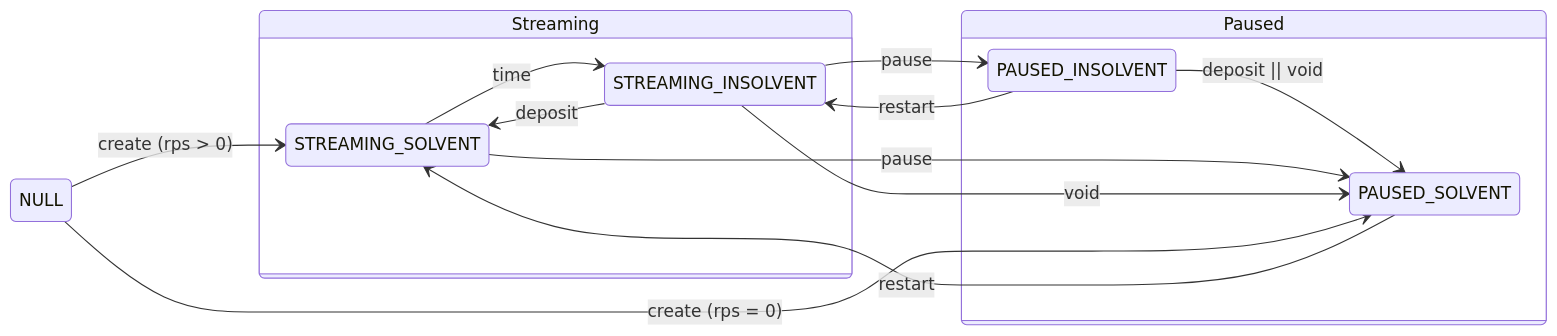
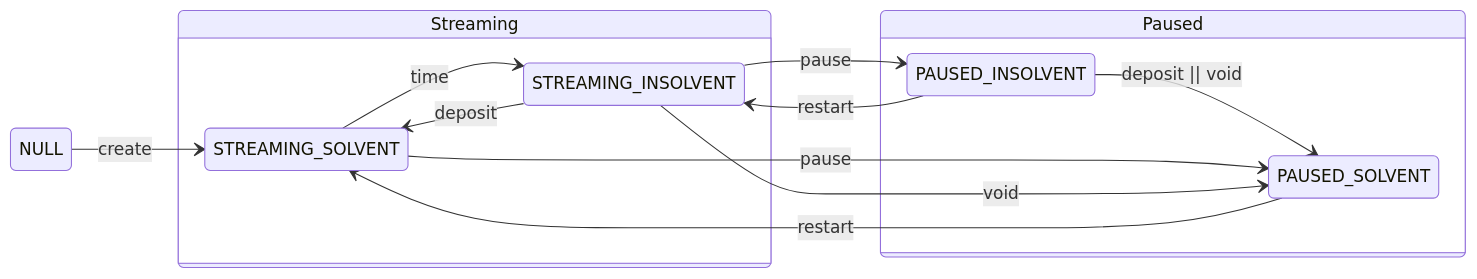
One commit to sablier-labs/flow changed the first of 8 diagrams in diagrams.md. Above: the diagram before and after it, drawn with Mermaid. The commit also changed 8 other files, not shown here.

````diff
--- a/diagrams.md
+++ b/diagrams.md
@@ -22,40 +22,39 @@
 ```mermaid
 stateDiagram-v2
     direction LR
 
     state Streaming {
         STREAMING_SOLVENT
         STREAMING_INSOLVENT --> STREAMING_SOLVENT : deposit
         STREAMING_SOLVENT --> STREAMING_INSOLVENT : time
     }
 
     state Paused {
         # direction BT
         PAUSED_SOLVENT
         PAUSED_INSOLVENT
          PAUSED_INSOLVENT --> PAUSED_SOLVENT : deposit || void
     }
 
     STREAMING_SOLVENT --> PAUSED_SOLVENT : pause
     STREAMING_INSOLVENT --> PAUSED_INSOLVENT : pause
     STREAMING_INSOLVENT --> PAUSED_SOLVENT : void
     PAUSED_SOLVENT --> STREAMING_SOLVENT : restart
     PAUSED_INSOLVENT --> STREAMING_INSOLVENT : restart
 
-    NULL --> STREAMING_SOLVENT : create (rps > 0)
-    NULL --> PAUSED_SOLVENT : create (rps = 0)
+    NULL --> STREAMING_SOLVENT : create
 
     NULL:::grey
     Streaming:::lightGreen
     Paused:::lightYellow
     STREAMING_SOLVENT:::intenseGreen
     STREAMING_INSOLVENT:::intenseGreen
     PAUSED_INSOLVENT:::intenseYellow
     PAUSED_SOLVENT:::intenseYellow
 
     classDef grey fill:#b0b0b0,stroke:#333,stroke-width:2px,color:#000,font-weight:bold;
     classDef lightGreen fill:#98FB98,color:#000,font-weight:bold;
     classDef intenseGreen fill:#32cd32,stroke:#333,stroke-width:2px,color:#000,font-weight:bold;
     classDef lightYellow fill:#ffff99,color:#000,font-weight:bold;
     classDef intenseYellow fill:#ffd700,color:#000,font-weight:bold;
 ```
````
